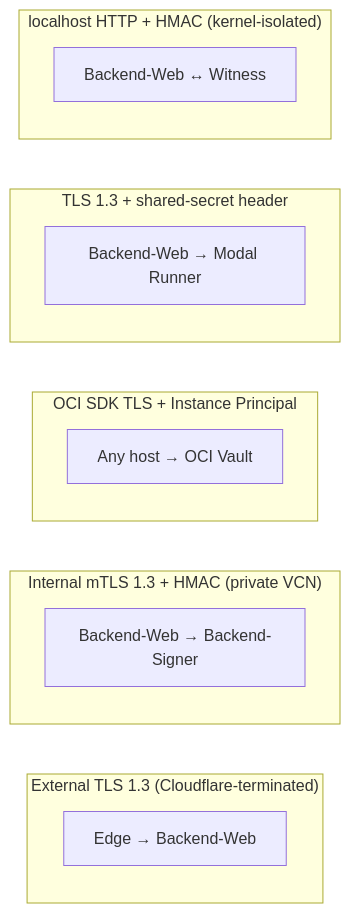
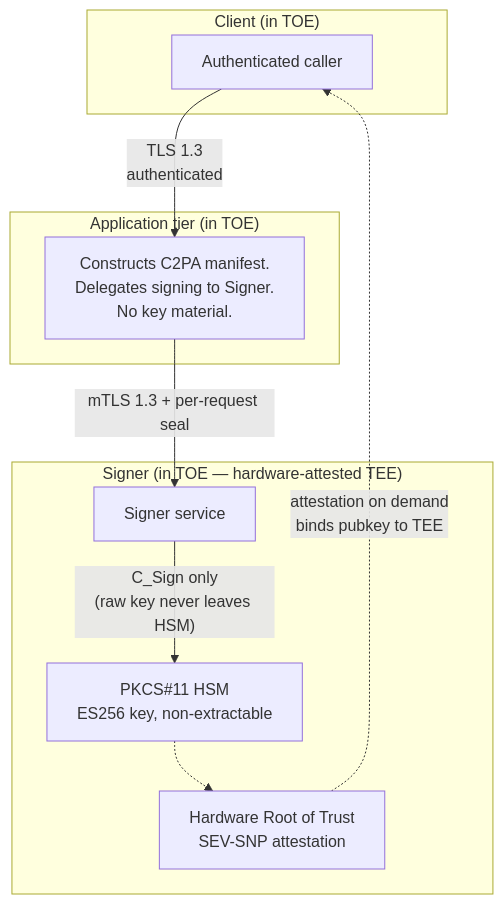
One commit to Docenttx/Scruple changed the diagram in docs/c2pa-conformance-evidence/2026-07-14/security-architecture/evidence/architecture-diagram.md. Above: the diagram before and after it, drawn with Mermaid. The commit also changed other lines of this file and 5 other files, not shown here.

````diff
--- a/docs/c2pa-conformance-evidence/2026-07-14/security-architecture/evidence/architecture-diagram.md
+++ b/docs/c2pa-conformance-evidence/2026-07-14/security-architecture/evidence/architecture-diagram.md
@@ -115,18 +7,22 @@
 ```mermaid
-flowchart LR
-    subgraph "External TLS 1.3 (Cloudflare-terminated)"
-        A["Edge → Backend-Web"]
+flowchart TB
+    subgraph CLIENT ["Client (in TOE)"]
+        C["Authenticated caller"]
     end
-    subgraph "Internal mTLS 1.3 + HMAC (private VCN)"
-        B["Backend-Web → Backend-Signer"]
+
+    subgraph APP ["Application tier (in TOE)"]
+        A["Constructs C2PA manifest.<br/>Delegates signing to Signer.<br/>No key material."]
     end
-    subgraph "OCI SDK TLS + Instance Principal"
-        C["Any host → OCI Vault"]
+
+    subgraph TEE ["Signer (in TOE — hardware-attested TEE)"]
+        S["Signer service"]
+        H["PKCS#11 HSM<br/>ES256 key, non-extractable"]
+        RoT["Hardware Root of Trust<br/>SEV-SNP attestation"]
     end
-    subgraph "TLS 1.3 + shared-secret header"
-        D["Backend-Web → Modal Runner"]
-    end
-    subgraph "localhost HTTP + HMAC (kernel-isolated)"
-        E["Backend-Web ↔ Witness"]
-    end
+
+    C -- "TLS 1.3<br/>authenticated" --> A
+    A -- "mTLS 1.3 + per-request seal" --> S
+    S -- "C_Sign only<br/>(raw key never leaves HSM)" --> H
+    H -.-> RoT
+    RoT -. "attestation on demand<br/>binds pubkey to TEE" .-> C
 ```
````
